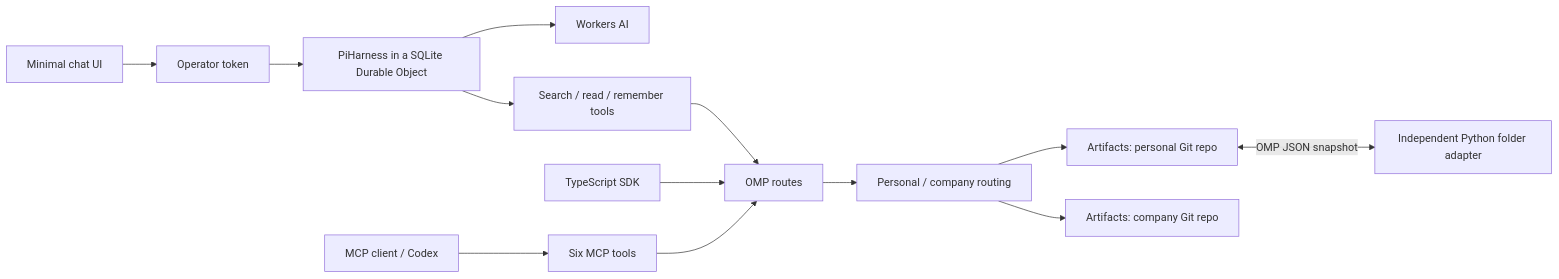
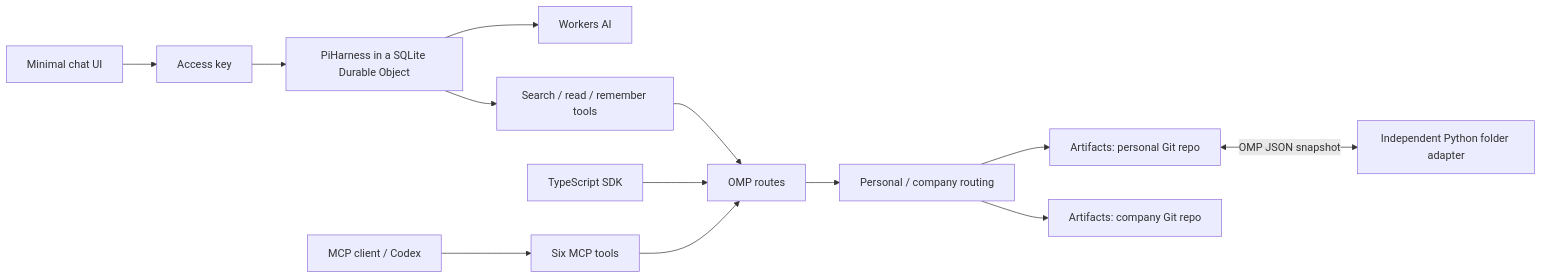
The diagram in README.md (irvinebroque/omp-cloudflare), drawn with Mermaid before and after one commit. The commit also changed other lines of this file and 7 other files, not shown here.

Commit message:
Explain the demo access key in plain language

````diff
--- a/README.md
+++ b/README.md
@@ -10,15 +10,15 @@
 ```mermaid
 flowchart LR
-  UI[Minimal chat UI] --> Auth[Operator token]
+  UI[Minimal chat UI] --> Auth[Access key]
   Auth --> Pi[PiHarness in a SQLite Durable Object]
   Pi --> AI[Workers AI]
   Pi --> Tools[Search / read / remember tools]
   Tools --> API[OMP routes]
   SDK[TypeScript SDK] --> API
   Agent[MCP client / Codex] --> MCP[Six MCP tools]
   MCP --> API
   API --> Gateway[Personal / company routing]
   Gateway --> Personal[Artifacts: personal Git repo]
   Gateway --> Company[Artifacts: company Git repo]
   Personal <-->|OMP JSON snapshot| Folder[Independent Python folder adapter]
 ```
````
